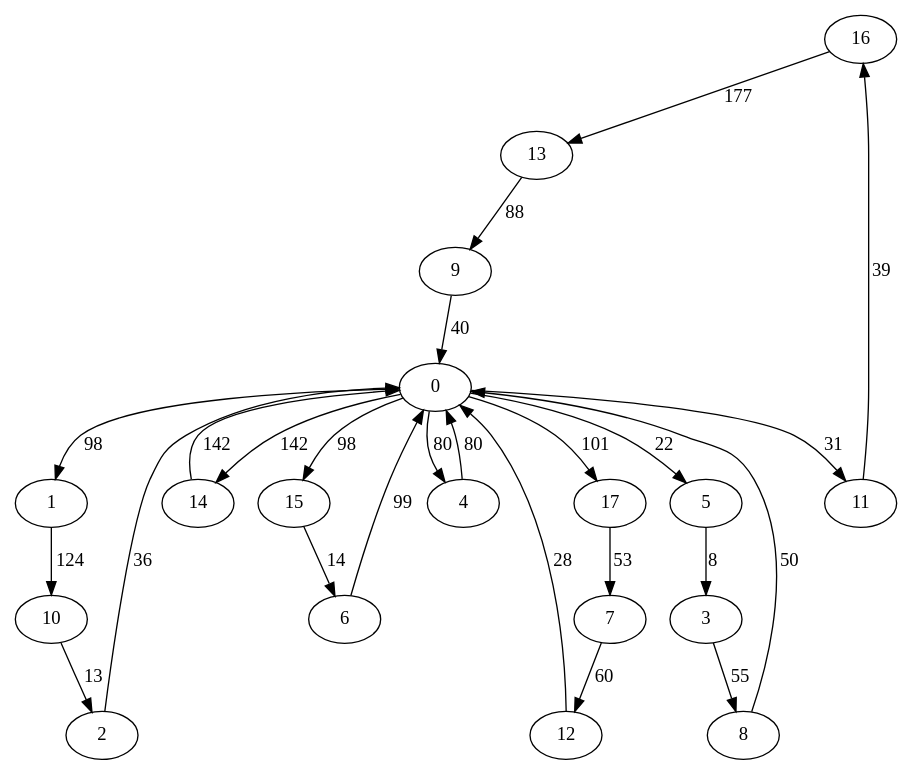
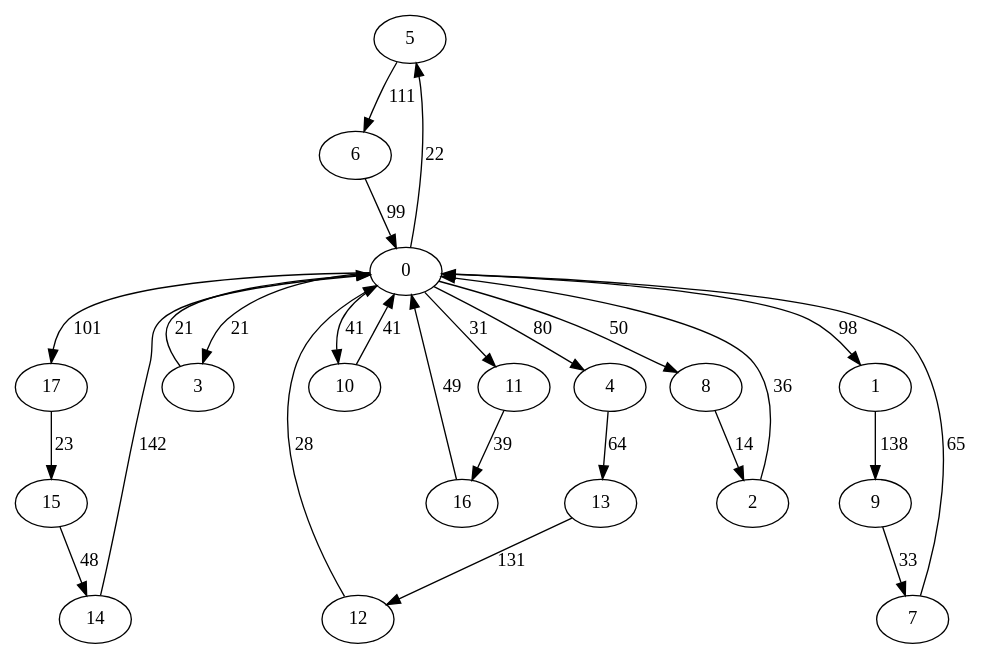
Before and after one commit to akosej/vehicle_routing: the diagram in grafos/iteration5.dot, drawn with Graphviz. The commit also changed 9 other files, not shown here.

```diff
--- a/grafos/iteration5.dot
+++ b/grafos/iteration5.dot
@@ -1,45 +1,46 @@
 digraph G {
-	16->13[ label=177 ];
-	8->0[ label=50 ];
-	1->10[ label=124 ];
+	5->6[ label=111 ];
+	14->0[ label=142 ];
+	12->0[ label=28 ];
+	11->16[ label=39 ];
+	15->14[ label=48 ];
+	9->7[ label=33 ];
+	3->0[ label=21 ];
+	4->13[ label=64 ];
+	10->0[ label=41 ];
+	8->2[ label=14 ];
+	17->15[ label=23 ];
+	1->9[ label=138 ];
+	7->0[ label=65 ];
+	16->0[ label=49 ];
+	0->17[ label=101 ];
+	0->4[ label=80 ];
+	0->3[ label=21 ];
+	0->10[ label=41 ];
+	0->5[ label=22 ];
+	0->1[ label=98 ];
+	0->11[ label=31 ];
+	0->8[ label=50 ];
+	2->0[ label=36 ];
 	6->0[ label=99 ];
-	13->9[ label=88 ];
-	17->7[ label=53 ];
-	10->2[ label=13 ];
-	14->0[ label=142 ];
-	15->6[ label=14 ];
-	9->0[ label=40 ];
-	5->3[ label=8 ];
-	2->0[ label=36 ];
-	0->4[ label=80 ];
-	0->14[ label=142 ];
-	0->15[ label=98 ];
-	0->11[ label=31 ];
-	0->5[ label=22 ];
-	0->17[ label=101 ];
-	0->1[ label=98 ];
-	11->16[ label=39 ];
-	3->8[ label=55 ];
-	7->12[ label=60 ];
-	12->0[ label=28 ];
-	4->0[ label=80 ];
+	13->12[ label=131 ];
 	0 [ label=0 ];
 	1 [ label=1 ];
 	10 [ label=10 ];
 	11 [ label=11 ];
 	12 [ label=12 ];
 	13 [ label=13 ];
 	14 [ label=14 ];
 	15 [ label=15 ];
 	16 [ label=16 ];
 	17 [ label=17 ];
 	2 [ label=2 ];
 	3 [ label=3 ];
 	4 [ label=4 ];
 	5 [ label=5 ];
 	6 [ label=6 ];
 	7 [ label=7 ];
 	8 [ label=8 ];
 	9 [ label=9 ];
 
 }
```
